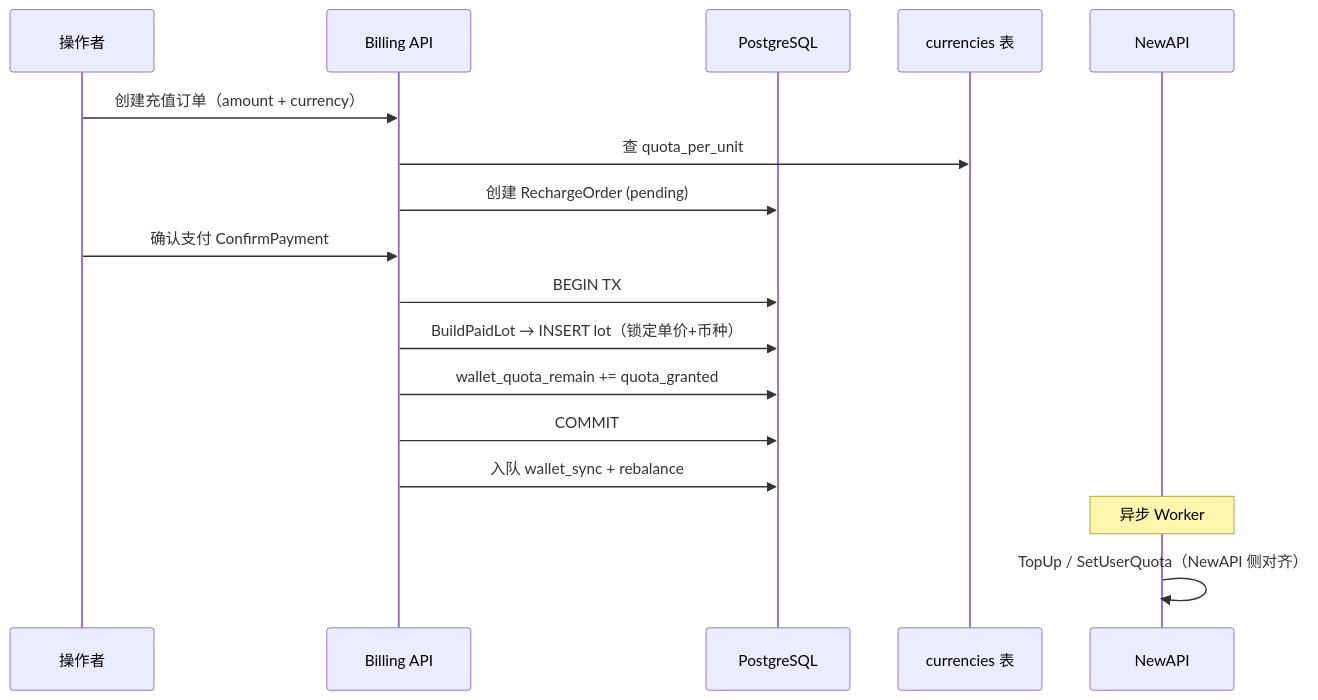
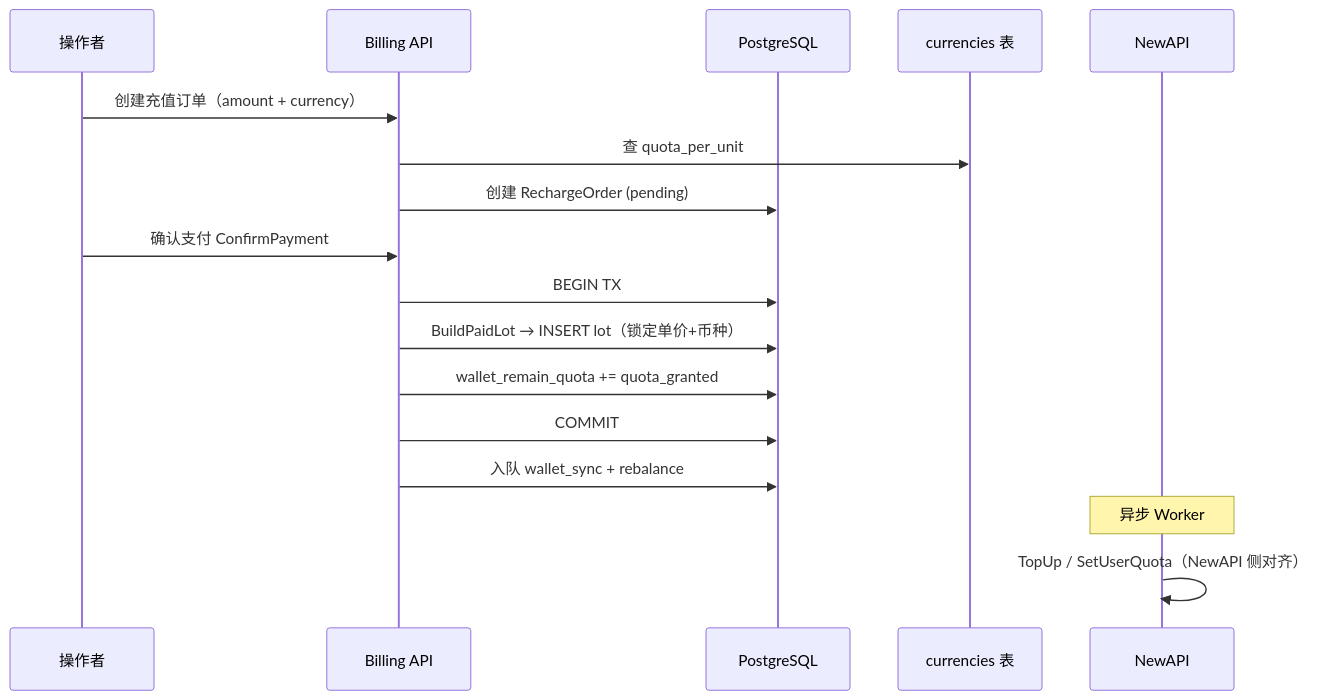
The third of 15 diagrams in docs/reviews/架构分析-Token计费与钱包体系.md (quyip8818/mytokenjoy), drawn with Mermaid before and after one commit. The commit also changed other lines of this file and 49 other files, not shown here.

Commit message:
rename wallet_remain

````diff
--- a/docs/reviews/架构分析-Token计费与钱包体系.md
+++ b/docs/reviews/架构分析-Token计费与钱包体系.md
@@ -142,20 +142,20 @@
 ```mermaid
 sequenceDiagram
   participant User as 操作者
   participant API as Billing API
   participant DB as PostgreSQL
   participant CUR as currencies 表
   participant NA as NewAPI
 
   User->>API: 创建充值订单（amount + currency）
   API->>CUR: 查 quota_per_unit
   API->>DB: 创建 RechargeOrder (pending)
   User->>API: 确认支付 ConfirmPayment
   API->>DB: BEGIN TX
   API->>DB: BuildPaidLot → INSERT lot（锁定单价+币种）
-  API->>DB: wallet_quota_remain += quota_granted
+  API->>DB: wallet_remain_quota += quota_granted
   API->>DB: COMMIT
   API->>DB: 入队 wallet_sync + rebalance
   Note over NA: 异步 Worker
   NA->>NA: TopUp / SetUserQuota（NewAPI 侧对齐）
 ```
````
